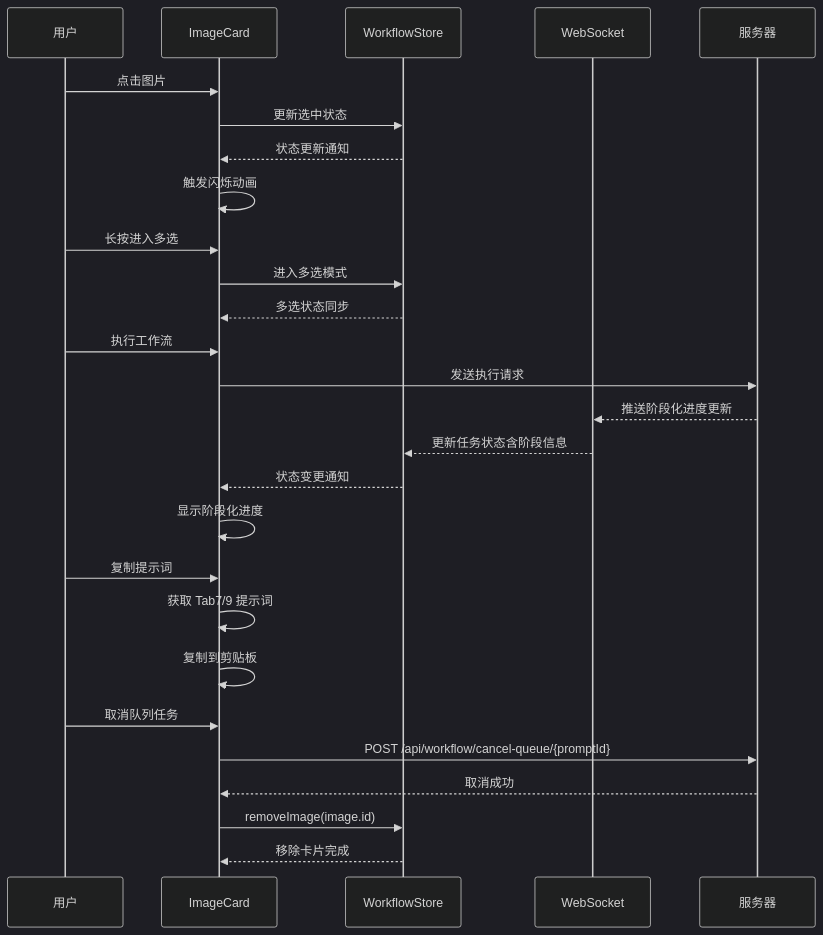
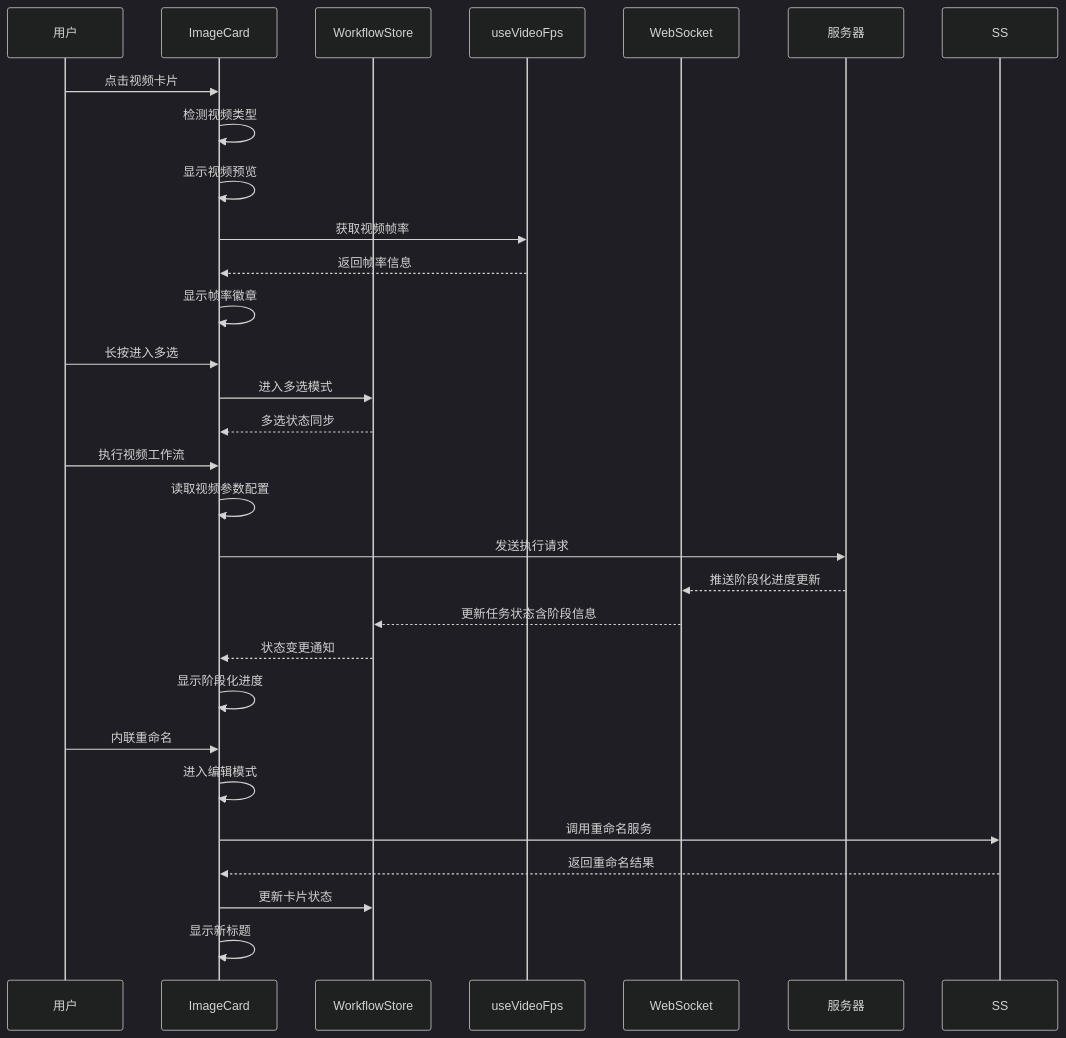
The second of 11 diagrams in .qoder/repowiki/zh/content/用户界面组件/核心界面组件/图片卡片组件 (ImageCard)/图片卡片组件 (ImageCard).md (billye220670/CorineKit_Pix2Real), drawn with Mermaid (dark theme) before and after one commit. The commit also changed other lines of this file and 11 other files, not shown here.

````diff
--- a/.qoder/repowiki/zh/content/用户界面组件/核心界面组件/图片卡片组件 (ImageCard)/图片卡片组件 (ImageCard).md
+++ b/.qoder/repowiki/zh/content/用户界面组件/核心界面组件/图片卡片组件 (ImageCard)/图片卡片组件 (ImageCard).md
@@ -138,29 +163,31 @@
 ```mermaid
 sequenceDiagram
 participant User as 用户
 participant IC as ImageCard
 participant UWS as WorkflowStore
+participant UVF as useVideoFps
 participant WS as WebSocket
 participant Server as 服务器
-User->>IC : 点击图片
-IC->>UWS : 更新选中状态
-UWS-->>IC : 状态更新通知
-IC->>IC : 触发闪烁动画
+User->>IC : 点击视频卡片
+IC->>IC : 检测视频类型
+IC->>IC : 显示视频预览
+IC->>UVF : 获取视频帧率
+UVF-->>IC : 返回帧率信息
+IC->>IC : 显示帧率徽章
 User->>IC : 长按进入多选
 IC->>UWS : 进入多选模式
 UWS-->>IC : 多选状态同步
-User->>IC : 执行工作流
+User->>IC : 执行视频工作流
+IC->>IC : 读取视频参数配置
 IC->>Server : 发送执行请求
 Server-->>WS : 推送阶段化进度更新
 WS-->>UWS : 更新任务状态含阶段信息
 UWS-->>IC : 状态变更通知
 IC->>IC : 显示阶段化进度
-User->>IC : 复制提示词
-IC->>IC : 获取 Tab7/9 提示词
-IC->>IC : 复制到剪贴板
-User->>IC : 取消队列任务
-IC->>Server : POST /api/workflow/cancel-queue/{promptId}
-Server-->>IC : 取消成功
-IC->>UWS : removeImage(image.id)
-UWS-->>IC : 移除卡片完成
+User->>IC : 内联重命名
+IC->>IC : 进入编辑模式
+IC->>SS : 调用重命名服务
+SS-->>IC : 返回重命名结果
+IC->>UWS : 更新卡片状态
+IC->>IC : 显示新标题
 ```
````
